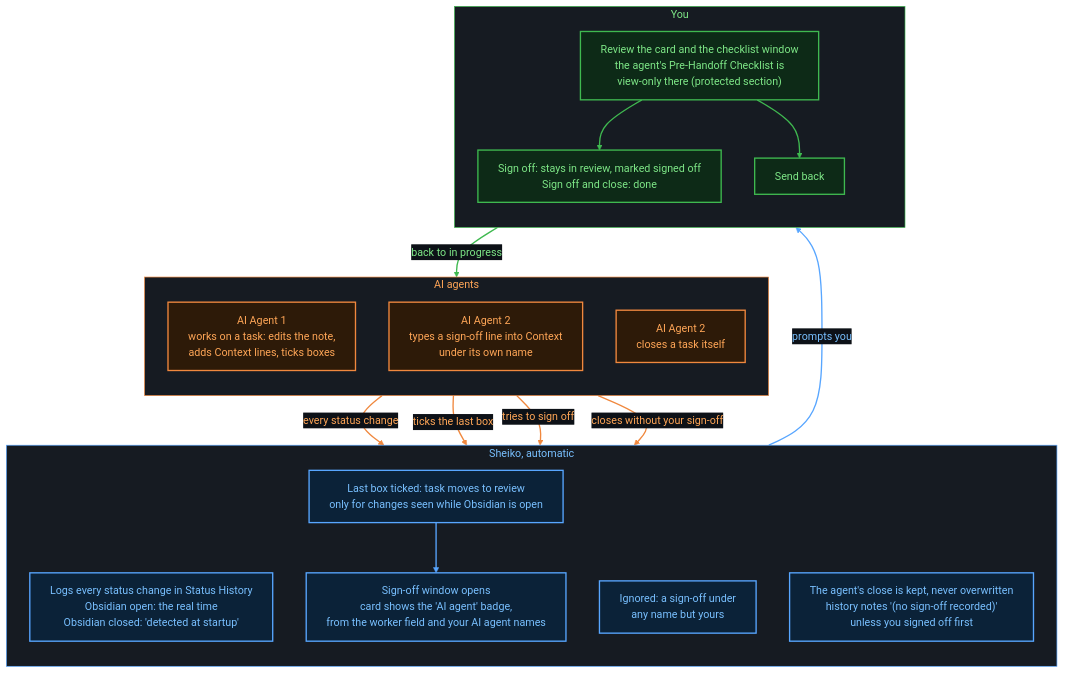
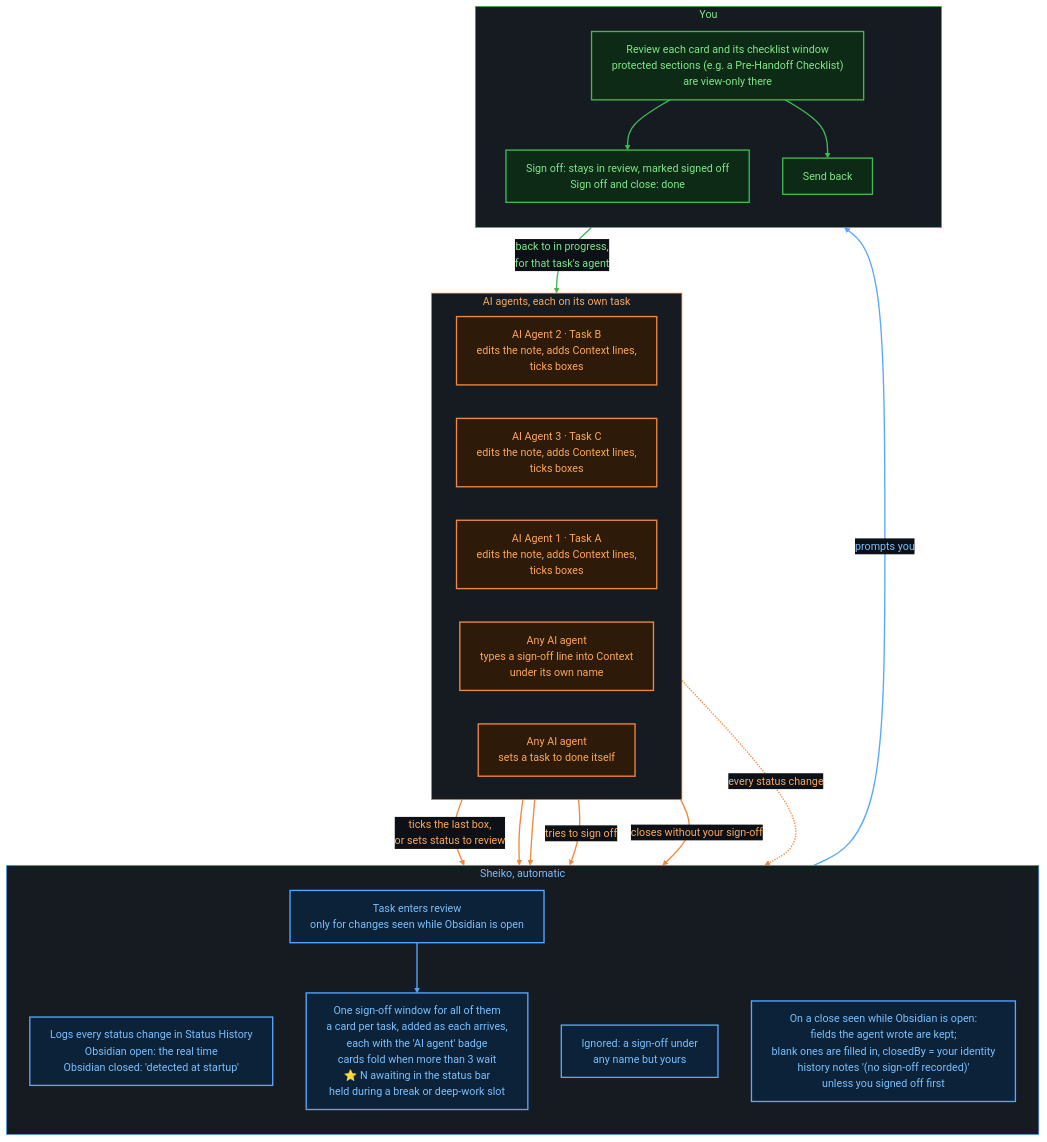
Before and after one commit to Ashura-Sheikh/Sheiko-obsidian-plugin: the diagram in docs/diagrams/ai-agents.mmd, drawn with Mermaid. The commit also changed 3 other files, not shown here.

First line of the commit message:
AI agents diagram: several agents, accurate agent-close box; README closure text corrected

```diff
--- a/docs/diagrams/ai-agents.mmd
+++ b/docs/diagrams/ai-agents.mmd
@@ -1,50 +1,55 @@
 ---
 config:
   flowchart:
     wrappingWidth: 360
   themeVariables:
     edgeLabelBackground: '#0d1117'
 ---
+%% Node IDs a1-a3 are deliberately not in label order: the layout puts a3 leftmost, so a3 is labelled "AI Agent 1". See docs/diagrams/README.md.
 flowchart TD
-    subgraph agents["AI agents"]
-        direction TB
-        a1["AI Agent 1<br/>works on a task: edits the note,<br/>adds Context lines, ticks boxes"]
-        a2["AI Agent 2<br/>types a sign-off line into Context<br/>under its own name"]
-        a3["AI Agent 2<br/>closes a task itself"]
+    subgraph agents["AI agents, each on its own task"]
+        direction LR
+        a1["AI Agent 2 · Task B<br/>edits the note, adds Context lines,<br/>ticks boxes"]
+        a2["AI Agent 3 · Task C<br/>edits the note, adds Context lines,<br/>ticks boxes"]
+        a3["AI Agent 1 · Task A<br/>edits the note, adds Context lines,<br/>ticks boxes"]
+        ax["Any AI agent<br/>types a sign-off line into Context<br/>under its own name"]
+        ay["Any AI agent<br/>sets a task to done itself"]
     end
     subgraph sheiko["Sheiko, automatic"]
         direction TB
         s1["Logs every status change in Status History<br/>Obsidian open: the real time<br/>Obsidian closed: 'detected at startup'"]
-        s2["Last box ticked: task moves to review<br/>only for changes seen while Obsidian is open"]
-        s3["Sign-off window opens<br/>card shows the 'AI agent' badge,<br/>from the worker field and your AI agent names"]
+        s2["Task enters review<br/>only for changes seen while Obsidian is open"]
+        s3["One sign-off window for all of them<br/>a card per task, added as each arrives,<br/>each with the 'AI agent' badge<br/>cards fold when more than 3 wait<br/>⭐ N awaiting in the status bar<br/>held during a break or deep-work slot"]
         s4["Ignored: a sign-off under<br/>any name but yours"]
-        s5["The agent's close is kept, never overwritten<br/>history notes '(no sign-off recorded)'<br/>unless you signed off first"]
+        s5["On a close seen while Obsidian is open:<br/>fields the agent wrote are kept;<br/>blank ones are filled in, closedBy = your identity<br/>history notes '(no sign-off recorded)'<br/>unless you signed off first"]
     end
     subgraph you["You"]
         direction TB
-        y1["Review the card and the checklist window<br/>the agent's Pre-Handoff Checklist is<br/>view-only there (protected section)"]
+        y1["Review each card and its checklist window<br/>protected sections (e.g. a Pre-Handoff Checklist)<br/>are view-only there"]
         y2["Sign off: stays in review, marked signed off<br/>Sign off and close: done"]
         y3["Send back"]
     end
-    a1 -->|"every status change"| s1
-    a1 -->|"ticks the last box"| s2
-    a2 -->|"tries to sign off"| s4
-    a3 -->|"closes without your sign-off"| s5
+    a1 -->|"ticks the last box,<br/>or sets status to review"| s2
+    a2 --> s2
+    a3 --> s2
+    agents -.->|"every status change"| s1
+    ax -->|"tries to sign off"| s4
+    ay -->|"closes without your sign-off"| s5
     s2 --> s3
     s3 -->|"prompts you"| y1
     y1 --> y2
     y1 --> y3
-    y3 -->|"back to in progress"| a1
+    y3 -->|"back to in progress,<br/>for that task's agent"| agents
 
     classDef agent fill:#2d1a08,stroke:#f0883e,color:#ffa657,stroke-width:2px
     classDef plugin fill:#0b2238,stroke:#58a6ff,color:#79c0ff,stroke-width:2px
     classDef human fill:#0d2a17,stroke:#3fb950,color:#7ee787,stroke-width:2px
-    class a1,a2,a3 agent
+    class a1,a2,a3,ax,ay agent
     class s1,s2,s3,s4,s5 plugin
     class y1,y2,y3 human
     style agents fill:#161b22,stroke:#f0883e,color:#ffa657
     style sheiko fill:#161b22,stroke:#58a6ff,color:#79c0ff
     style you fill:#161b22,stroke:#3fb950,color:#7ee787
-    linkStyle 0,1,2,3 stroke:#f0883e,stroke-width:2px,color:#ffa657
-    linkStyle 4,5 stroke:#58a6ff,stroke-width:2px,color:#79c0ff
-    linkStyle 6,7,8 stroke:#3fb950,stroke-width:2px,color:#7ee787
+    linkStyle 0,1,2,3,4,5 stroke:#f0883e,stroke-width:2px,color:#ffa657
+    linkStyle 6,7 stroke:#58a6ff,stroke-width:2px,color:#79c0ff
+    linkStyle 8,9,10 stroke:#3fb950,stroke-width:2px,color:#7ee787
```
